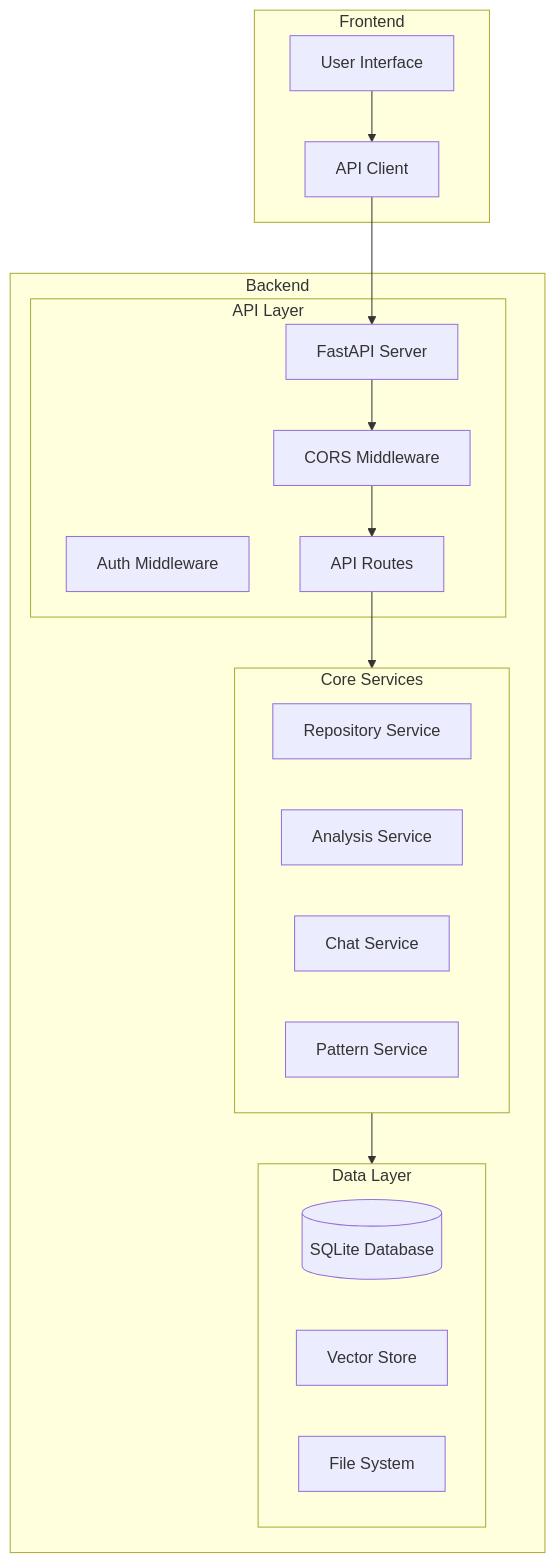
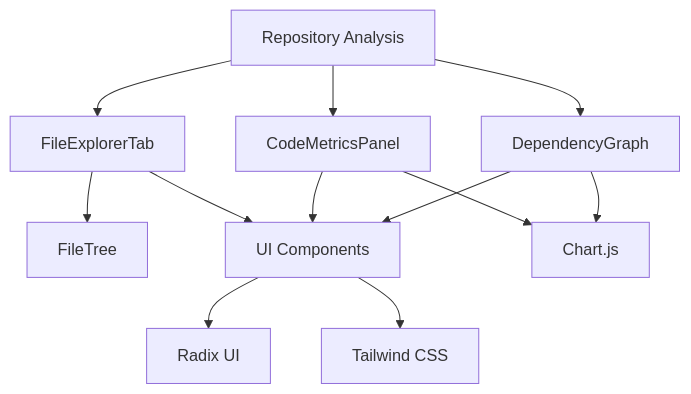
One commit to ALehav1/RepoAnalyzer changed the seventh of 8 diagrams in README.md. Above: the diagram before and after it, drawn with Mermaid. The commit also changed other lines of this file, not shown here.

````diff
--- a/README.md
+++ b/README.md
@@ -592,36 +2165,14 @@
 ```mermaid
-graph TB
-    subgraph Frontend
-        UI[User Interface]
-        API_Client[API Client]
-    end
-
-    subgraph Backend
-        subgraph API_Layer[API Layer]
-            FastAPI[FastAPI Server]
-            CORS[CORS Middleware]
-            Auth[Auth Middleware]
-            Routes[API Routes]
-        end
-
-        subgraph Core_Services[Core Services]
-            RepoService[Repository Service]
-            AnalysisService[Analysis Service]
-            ChatService[Chat Service]
-            PatternService[Pattern Service]
-        end
-
-        subgraph Data_Layer[Data Layer]
-            DB[(SQLite Database)]
-            VectorStore[Vector Store]
-            FileSystem[File System]
-        end
-    end
-
-    UI --> API_Client
-    API_Client --> FastAPI
-    FastAPI --> CORS
-    CORS --> Routes
-    Routes --> Core_Services
-    Core_Services --> Data_Layer
+graph TD
+    A[Repository Analysis] --> B[FileExplorerTab]
+    A --> C[CodeMetricsPanel]
+    A --> D[DependencyGraph]
+    B --> E[FileTree]
+    B --> F[UI Components]
+    C --> G[Chart.js]
+    C --> F
+    D --> G
+    D --> F
+    F --> H[Radix UI]
+    F --> I[Tailwind CSS]
 ```
````
